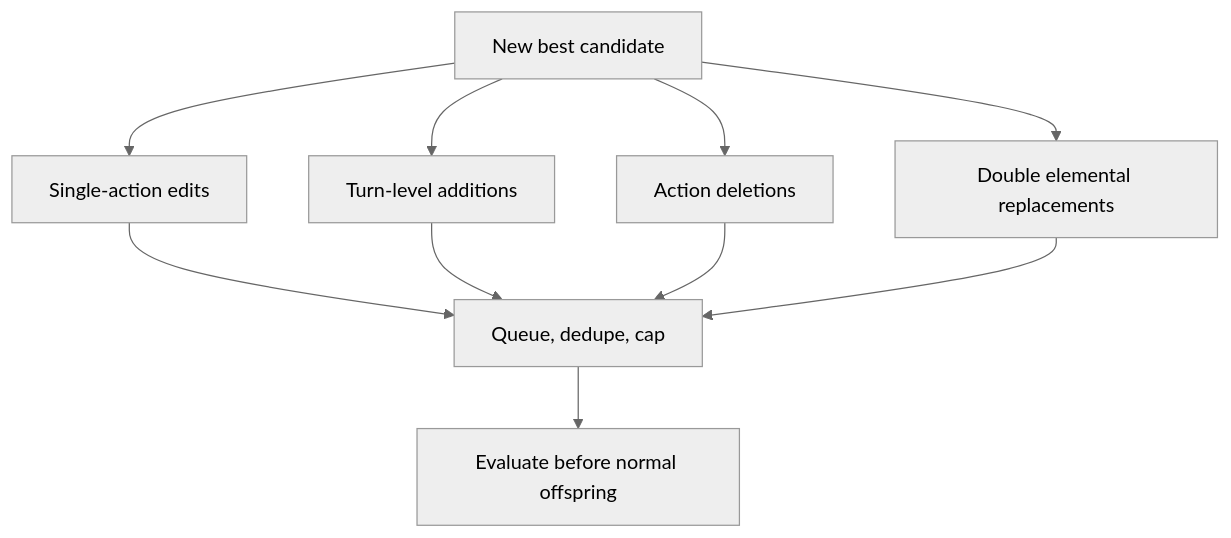
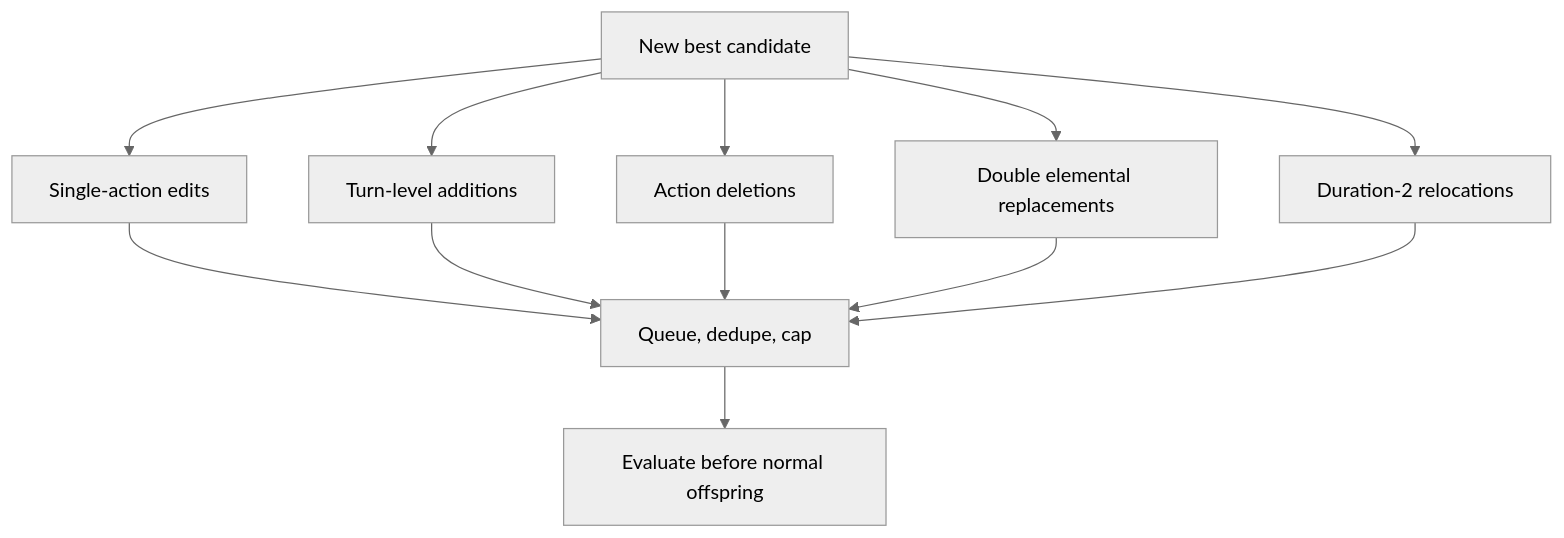
One commit to Zacaria/turnfu changed the fourth of 7 diagrams in docs/hybrid-optimizer-architecture.md. Above: the diagram before and after it, drawn with Mermaid (neutral theme). The commit also changed other lines of this file, not shown here.

````diff
--- a/docs/hybrid-optimizer-architecture.md
+++ b/docs/hybrid-optimizer-architecture.md
@@ -112,13 +113,15 @@
 ```mermaid
 flowchart TD
     A["New best candidate"] --> B["Single-action edits"]
     A --> C["Turn-level additions"]
     A --> D["Action deletions"]
     A --> E["Double elemental replacements"]
+    A --> H["Duration-2 relocations"]
 
     B --> F["Queue, dedupe, cap"]
     C --> F
     D --> F
     E --> F
+    H --> F
     F --> G["Evaluate before normal offspring"]
 ```
````
